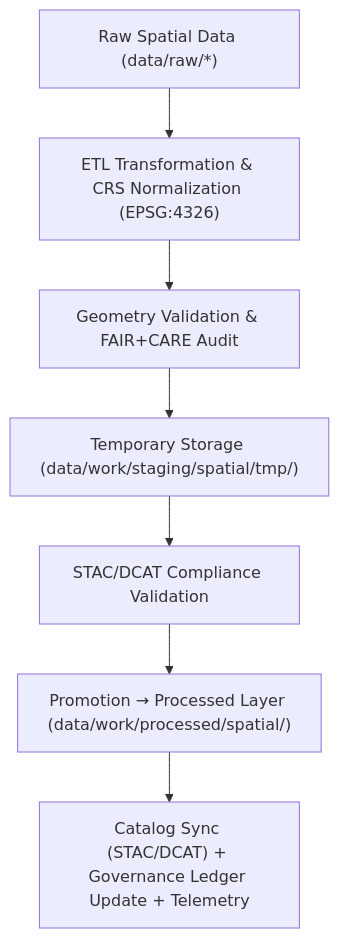
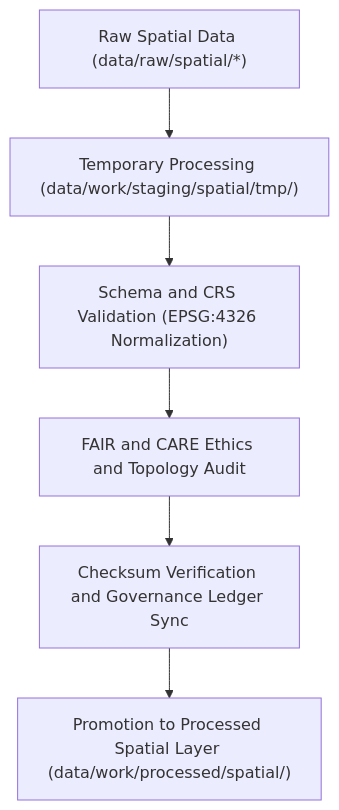
The diagram in data/work/staging/spatial/README.md (bartytime4life/Kansas-Frontier-Matrix), drawn with Mermaid before and after one commit. The commit also changed other lines of this file, not shown here.

````diff
--- a/data/work/staging/spatial/README.md
+++ b/data/work/staging/spatial/README.md
@@ -79,9 +75,8 @@
 ```mermaid
 flowchart TD
-    A["Raw Spatial Data (data/raw/*)"] --> B["ETL Transformation & CRS Normalization (EPSG:4326)"]
-    B --> C["Geometry Validation & FAIR+CARE Audit"]
-    C --> D["Temporary Storage (data/work/staging/spatial/tmp/)"]
-    D --> E["STAC/DCAT Compliance Validation"]
-    E --> F["Promotion → Processed Layer (data/work/processed/spatial/)"]
-    F --> G["Catalog Sync (STAC/DCAT) + Governance Ledger Update + Telemetry"]
+    A["Raw Spatial Data (data/raw/spatial/*)"] --> B["Temporary Processing (data/work/staging/spatial/tmp/)"]
+    B --> C["Schema and CRS Validation (EPSG:4326 Normalization)"]
+    C --> D["FAIR and CARE Ethics and Topology Audit"]
+    D --> E["Checksum Verification and Governance Ledger Sync"]
+    E --> F["Promotion to Processed Spatial Layer (data/work/processed/spatial/)"]
 ```
````
